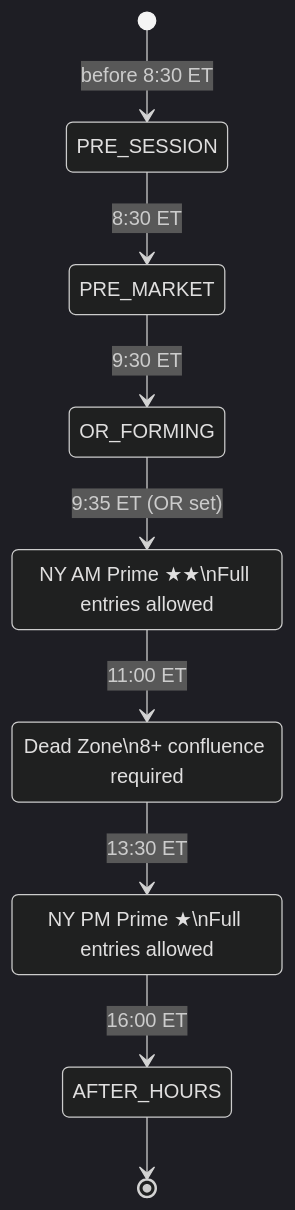
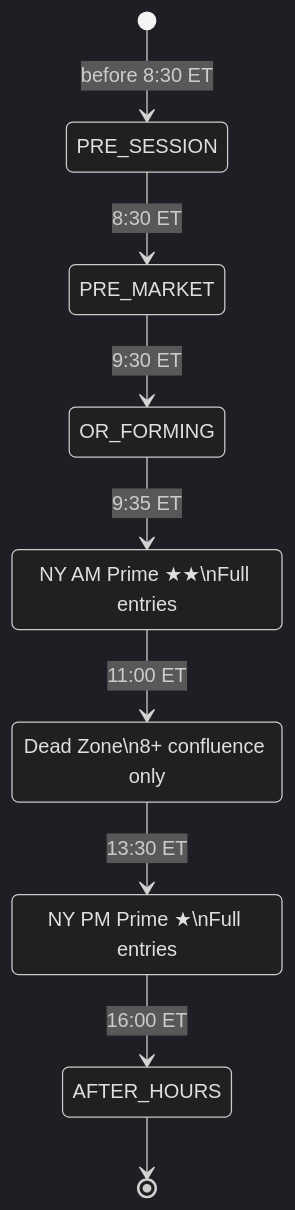
Before and after one commit to fgomecs/mnq-ai-trader: the seventh of 7 diagrams in README.md, drawn with Mermaid (dark theme). The commit also changed other lines of this file and 2 other files, not shown here.

````diff
--- a/README.md
+++ b/README.md
@@ -564,15 +541,15 @@
 ```mermaid
 stateDiagram-v2
     [*] --> PRE_SESSION: before 8:30 ET
     PRE_SESSION --> PRE_MARKET: 8:30 ET
     PRE_MARKET --> OR_FORMING: 9:30 ET
-    OR_FORMING --> NY_AM: 9:35 ET (OR set)
+    OR_FORMING --> NY_AM: 9:35 ET
     NY_AM --> DEAD_ZONE: 11:00 ET
     DEAD_ZONE --> NY_PM: 13:30 ET
     NY_PM --> AFTER_HOURS: 16:00 ET
     AFTER_HOURS --> [*]
 
-    NY_AM: NY AM Prime ★★\nFull entries allowed
-    DEAD_ZONE: Dead Zone\n8+ confluence required
-    NY_PM: NY PM Prime ★\nFull entries allowed
+    NY_AM: NY AM Prime ★★\nFull entries
+    DEAD_ZONE: Dead Zone\n8+ confluence only
+    NY_PM: NY PM Prime ★\nFull entries
 ```
````
